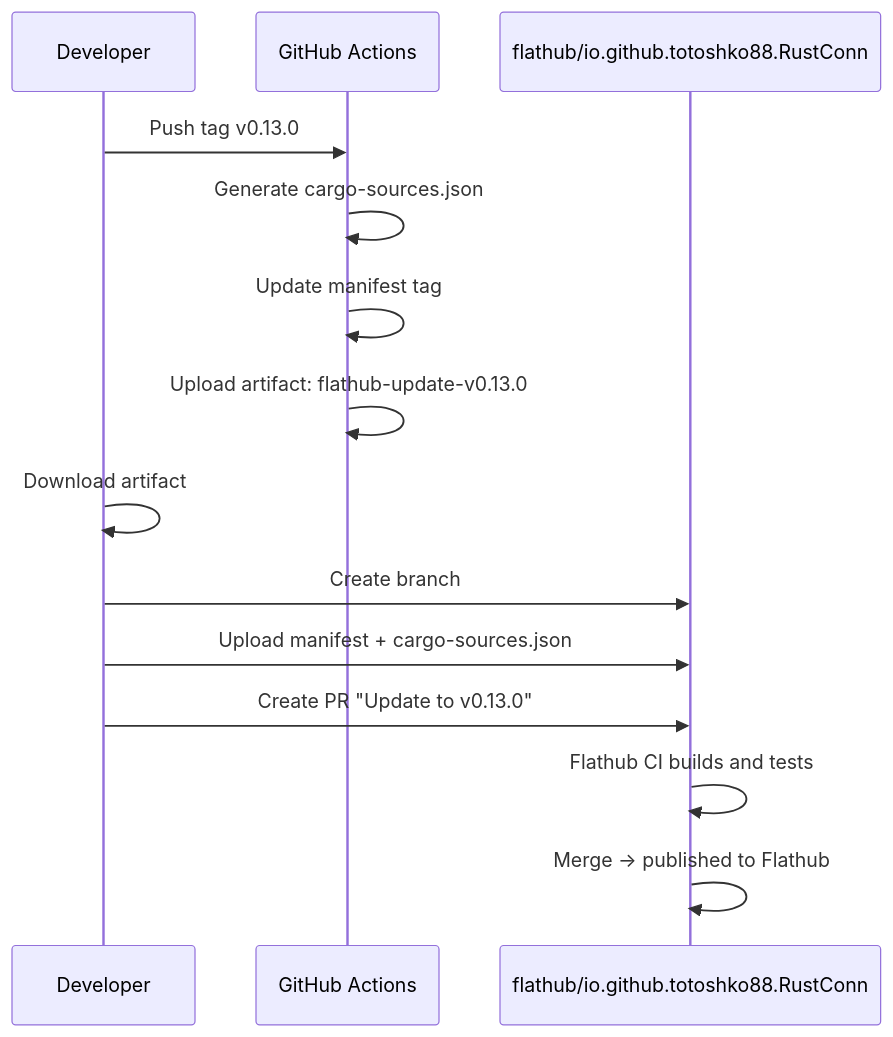
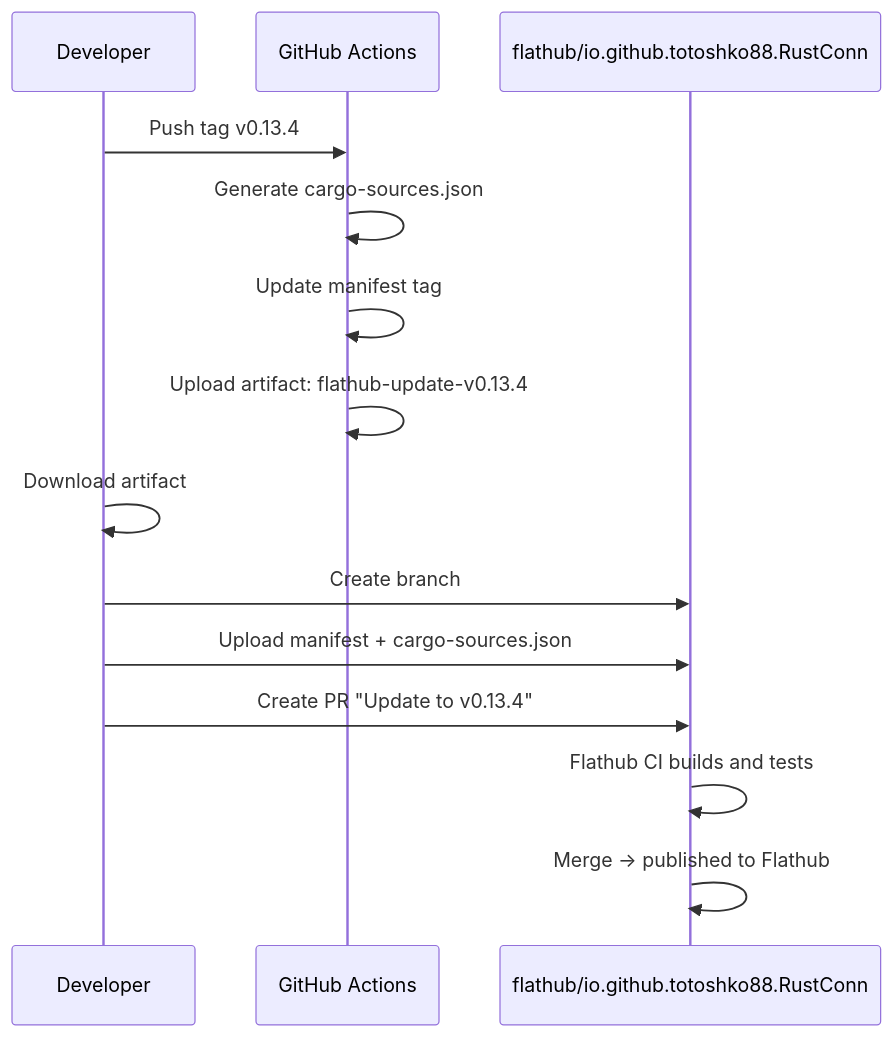
One commit to shanecaf/RustConn changed the sixth of 6 diagrams in docs/CI_BUILD_FLOW.md. Above: the diagram before and after it, drawn with Mermaid. The commit also changed other lines of this file and 3 other files, not shown here.

````diff
--- a/docs/CI_BUILD_FLOW.md
+++ b/docs/CI_BUILD_FLOW.md
@@ -172,18 +185,18 @@
 ```mermaid
 sequenceDiagram
     participant Dev as Developer
     participant GH as GitHub Actions
     participant FH as flathub/io.github.totoshko88.RustConn
 
-    Dev->>GH: Push tag v0.13.0
+    Dev->>GH: Push tag v0.13.4
     GH->>GH: Generate cargo-sources.json
     GH->>GH: Update manifest tag
-    GH->>GH: Upload artifact: flathub-update-v0.13.0
+    GH->>GH: Upload artifact: flathub-update-v0.13.4
 
     Dev->>Dev: Download artifact
     Dev->>FH: Create branch
     Dev->>FH: Upload manifest + cargo-sources.json
-    Dev->>FH: Create PR "Update to v0.13.0"
+    Dev->>FH: Create PR "Update to v0.13.4"
     FH->>FH: Flathub CI builds and tests
     FH->>FH: Merge → published to Flathub
 ```
````
